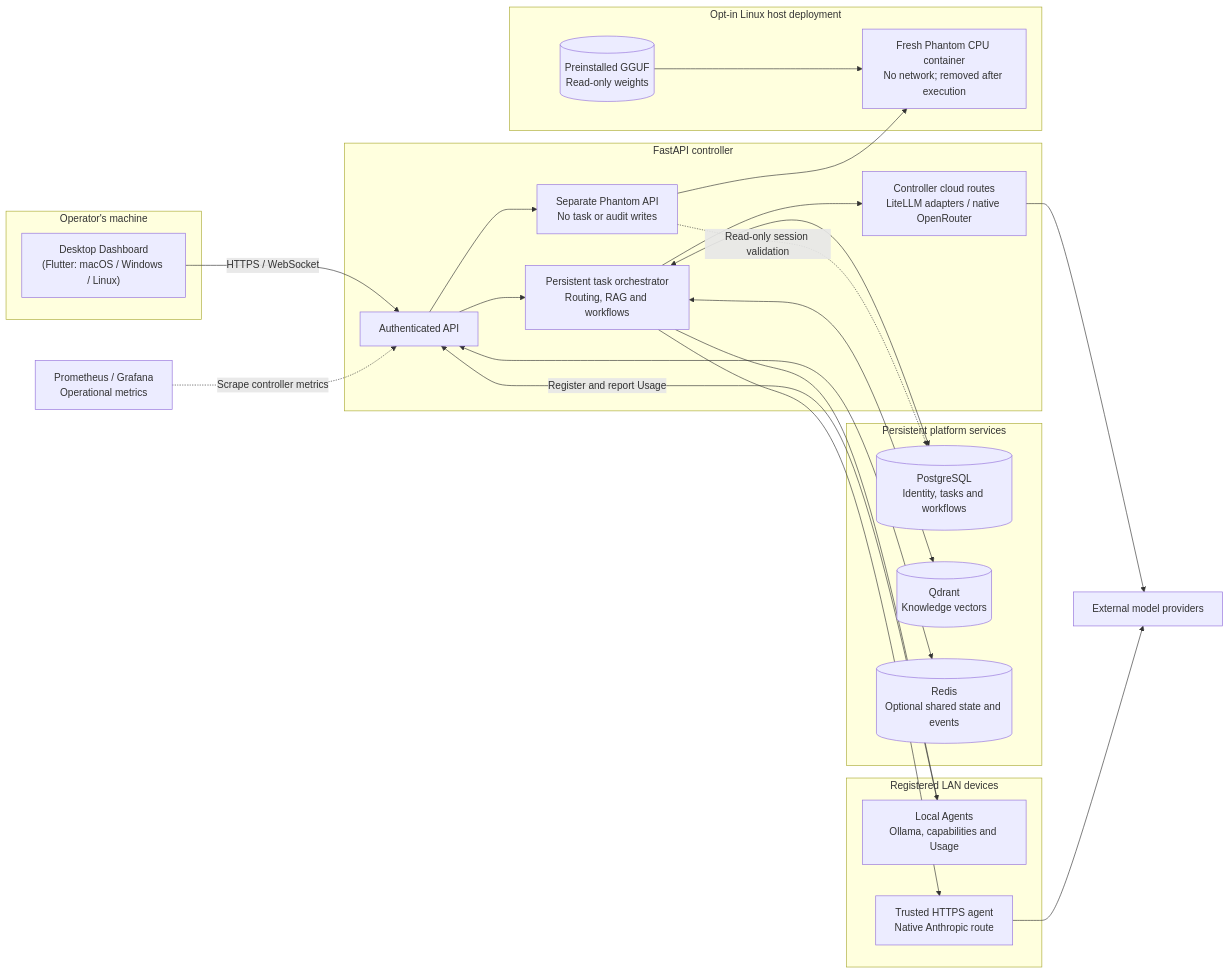
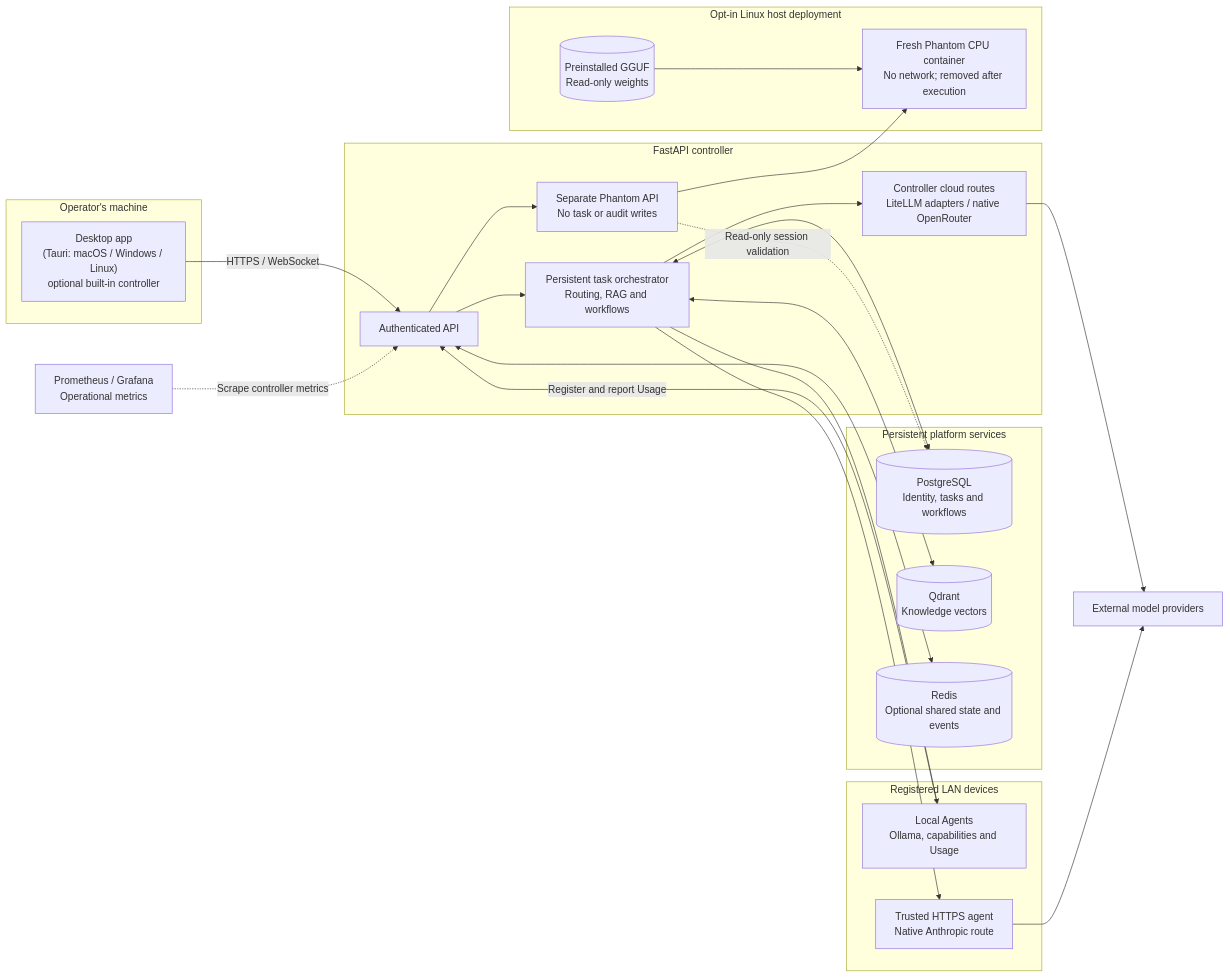
The diagram in README.md (abdra7/Lycosa), drawn with Mermaid before and after one commit. The commit also changed other lines of this file and 105 other files, not shown here.

First line of the commit message:
Sprint 15: Tauri desktop app with a standalone controller (ADR-037) (#57)

````diff
--- a/README.md
+++ b/README.md
@@ -162,49 +168,49 @@
 ```mermaid
 flowchart LR
     subgraph operator["Operator's machine"]
-        DASH["Desktop Dashboard\n(Flutter: macOS / Windows / Linux)"]
+        DASH["Desktop app\n(Tauri: macOS / Windows / Linux)\noptional built-in controller"]
     end
 
     subgraph controller["FastAPI controller"]
         API["Authenticated API"]
         TASK["Persistent task orchestrator\nRouting, RAG and workflows"]
         PROVIDERS["Controller cloud routes\nLiteLLM adapters / native OpenRouter"]
         PHANTOM["Separate Phantom API\nNo task or audit writes"]
     end
 
     subgraph data["Persistent platform services"]
         PG[("PostgreSQL\nIdentity, tasks and workflows")]
         QD[("Qdrant\nKnowledge vectors")]
         REDIS[("Redis\nOptional shared state and events")]
     end
 
     subgraph fabric["Registered LAN devices"]
         LOCAL["Local Agents\nOllama, capabilities and Usage"]
         TRUSTED["Trusted HTTPS agent\nNative Anthropic route"]
     end
 
     subgraph isolated["Opt-in Linux host deployment"]
         WORKER["Fresh Phantom CPU container\nNo network; removed after execution"]
         MODEL[("Preinstalled GGUF\nRead-only weights")]
     end
 
     CLOUD["External model providers"]
     OBS["Prometheus / Grafana\nOperational metrics"]
 
     DASH -- "HTTPS / WebSocket" --> API
     API --> TASK
     API --> PHANTOM
     TASK <--> PG
     TASK <--> QD
     API <--> REDIS
     TASK --> LOCAL
     TASK --> TRUSTED
     TASK --> PROVIDERS
     PROVIDERS --> CLOUD
     TRUSTED --> CLOUD
     LOCAL -- "Register and report Usage" --> API
     PHANTOM -. "Read-only session validation" .-> PG
     PHANTOM --> WORKER
     MODEL --> WORKER
     OBS -. "Scrape controller metrics" .-> API
 ```
````
